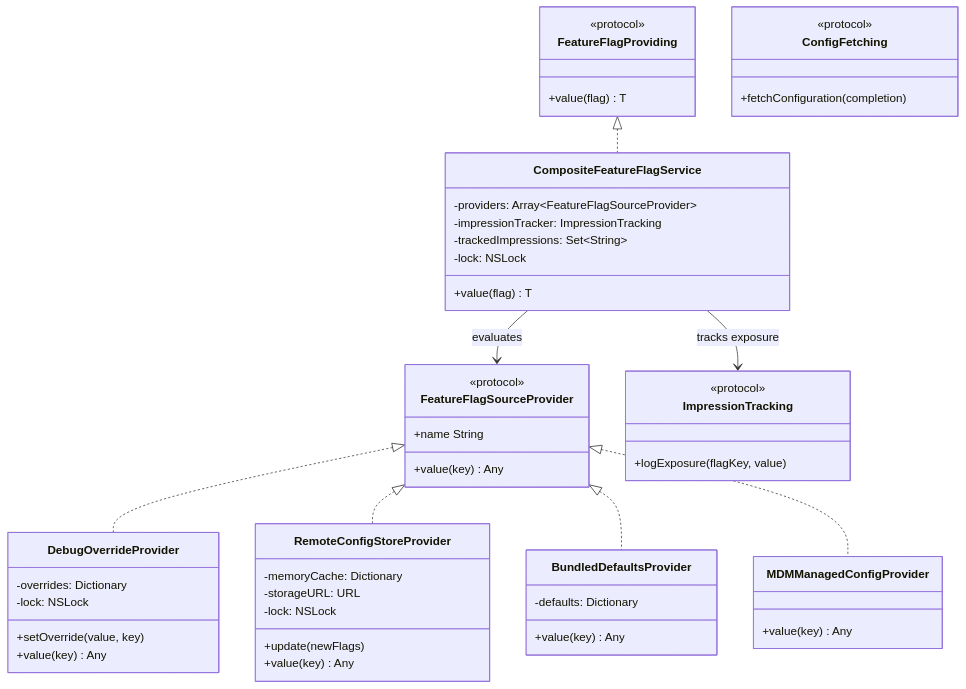
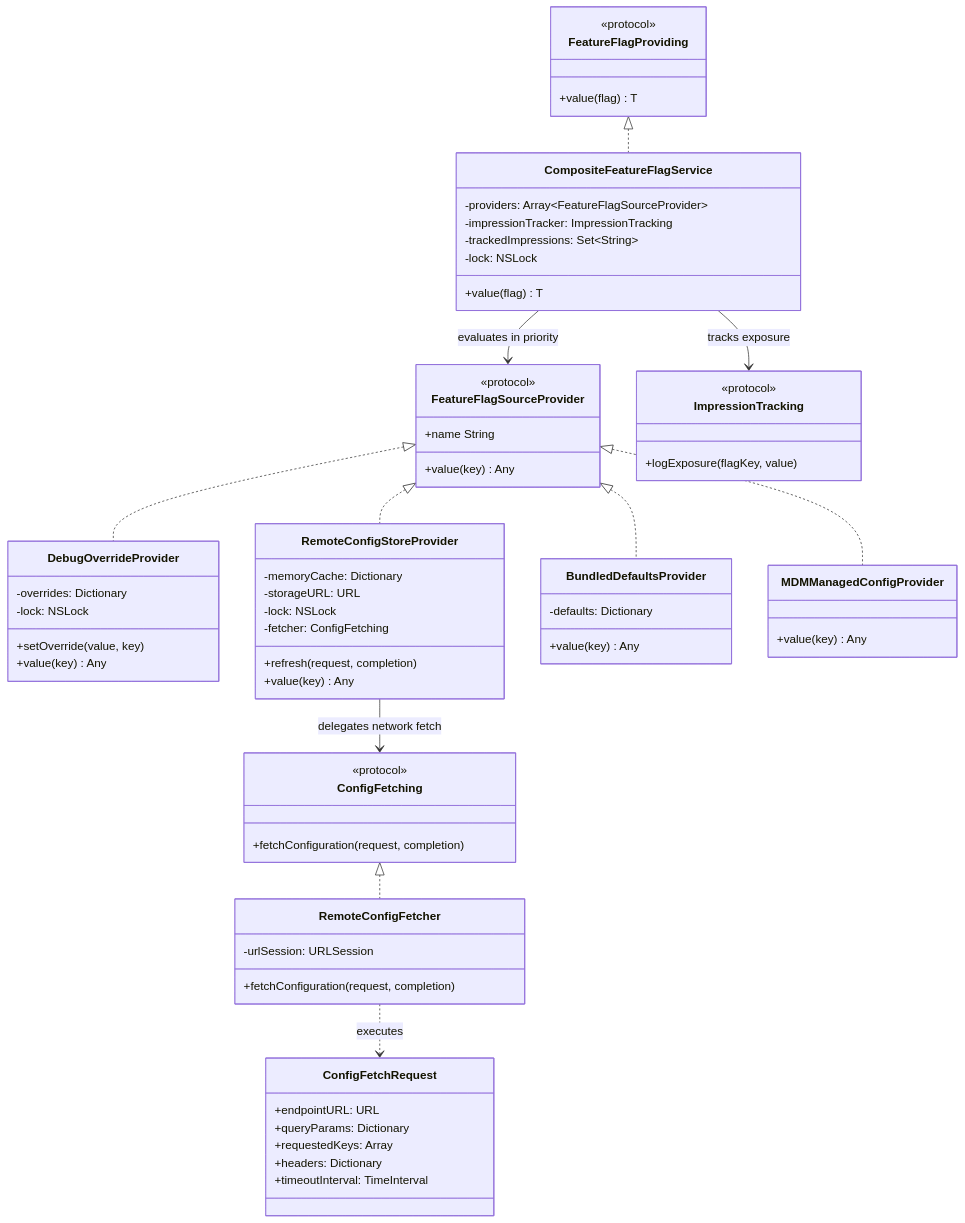
The first of 2 diagrams in docs/feature-flag-system.md (therahulgoel/ios-system-design), drawn with Mermaid before and after one commit. The commit also changed other lines of this file, not shown here.

Commit message:
docs: separate HLD whiteboard system topology from LLD and add dynamic URL configuration to Feature Flag SDK

````diff
--- a/docs/feature-flag-system.md
+++ b/docs/feature-flag-system.md
@@ -118,63 +154,80 @@
 ```mermaid
 classDiagram
     class FeatureFlagProviding {
         <<protocol>>
         +value(flag) T
     }
 
     class FeatureFlagSourceProvider {
         <<protocol>>
         +name String
         +value(key) Any
     }
 
     class ImpressionTracking {
         <<protocol>>
         +logExposure(flagKey, value)
     }
 
     class ConfigFetching {
         <<protocol>>
-        +fetchConfiguration(completion)
+        +fetchConfiguration(request, completion)
     }
 
     class CompositeFeatureFlagService {
         -providers: Array~FeatureFlagSourceProvider~
         -impressionTracker: ImpressionTracking
         -trackedImpressions: Set~String~
         -lock: NSLock
         +value(flag) T
+    }
+
+    class ConfigFetchRequest {
+        +endpointURL: URL
+        +queryParams: Dictionary
+        +requestedKeys: Array
+        +headers: Dictionary
+        +timeoutInterval: TimeInterval
+    }
+
+    class RemoteConfigFetcher {
+        -urlSession: URLSession
+        +fetchConfiguration(request, completion)
     }
 
     class DebugOverrideProvider {
         -overrides: Dictionary
         -lock: NSLock
         +setOverride(value, key)
         +value(key) Any
     }
 
     class RemoteConfigStoreProvider {
         -memoryCache: Dictionary
         -storageURL: URL
         -lock: NSLock
-        +update(newFlags)
+        -fetcher: ConfigFetching
+        +refresh(request, completion)
         +value(key) Any
     }
 
     class BundledDefaultsProvider {
         -defaults: Dictionary
         +value(key) Any
     }
 
     class MDMManagedConfigProvider {
         +value(key) Any
     }
 
     FeatureFlagProviding <|.. CompositeFeatureFlagService
-    CompositeFeatureFlagService --> FeatureFlagSourceProvider : evaluates
+    CompositeFeatureFlagService --> FeatureFlagSourceProvider : evaluates in priority
     CompositeFeatureFlagService --> ImpressionTracking : tracks exposure
     FeatureFlagSourceProvider <|.. DebugOverrideProvider
     FeatureFlagSourceProvider <|.. RemoteConfigStoreProvider
     FeatureFlagSourceProvider <|.. BundledDefaultsProvider
     FeatureFlagSourceProvider <|.. MDMManagedConfigProvider
+    RemoteConfigStoreProvider --> ConfigFetching : delegates network fetch
+    ConfigFetching <|.. RemoteConfigFetcher
+    RemoteConfigFetcher ..> ConfigFetchRequest : executes
 ```
````
